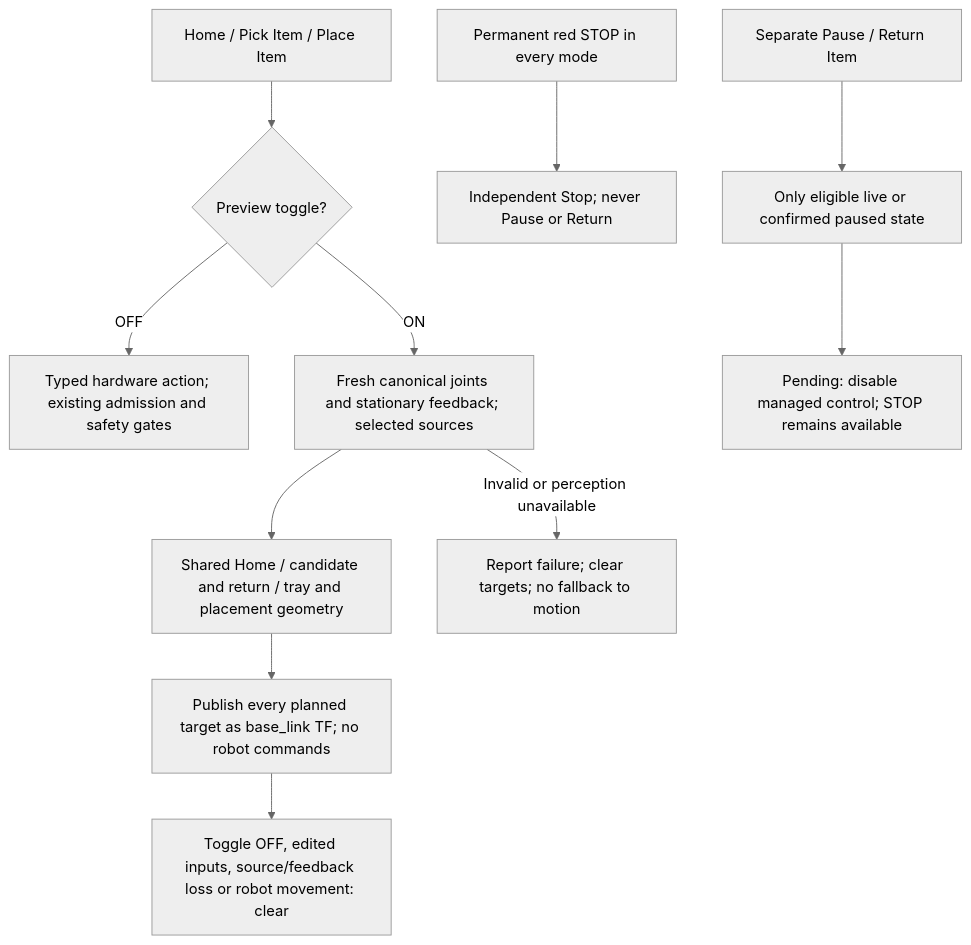
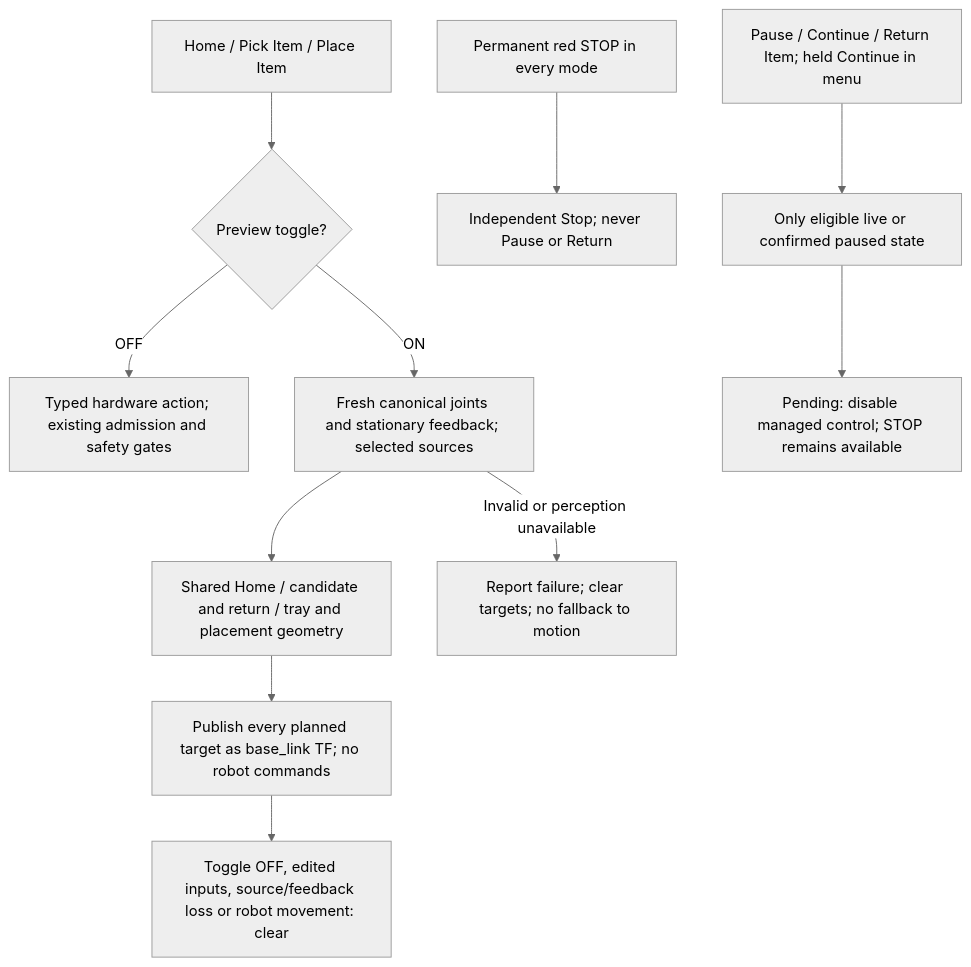
Before and after one commit to esgange/dobot_picknplace_yolo: the first of 8 diagrams in docs/ROBOT_CONTROLLER_FSM.md, drawn with Mermaid (neutral theme). The commit also changed other lines of this file and 17 other files, not shown here.

````diff
--- a/docs/ROBOT_CONTROLLER_FSM.md
+++ b/docs/ROBOT_CONTROLLER_FSM.md
@@ -212,13 +219,13 @@
 ```mermaid
 flowchart TD
     Buttons["Home / Pick Item / Place Item"] --> Mode{"Preview toggle?"}
     Mode -->|OFF| Action["Typed hardware action; existing admission and safety gates"]
     Mode -->|ON| Inputs["Fresh canonical joints and stationary feedback; selected sources"]
     Inputs --> Plan["Shared Home / candidate and return / tray and placement geometry"]
     Plan --> TF["Publish every planned target as base_link TF; no robot commands"]
     TF --> Clear["Toggle OFF, edited inputs, source/feedback loss or robot movement: clear"]
     Inputs -->|Invalid or perception unavailable| Failed["Report failure; clear targets; no fallback to motion"]
     Stop["Permanent red STOP in every mode"] --> Direct["Independent Stop; never Pause or Return"]
-    Managed["Separate Pause / Return Item"] --> Guard["Only eligible live or confirmed paused state"]
+    Managed["Pause / Continue / Return Item; held Continue in menu"] --> Guard["Only eligible live or confirmed paused state"]
     Guard --> Pending["Pending: disable managed control; STOP remains available"]
 ```
````
